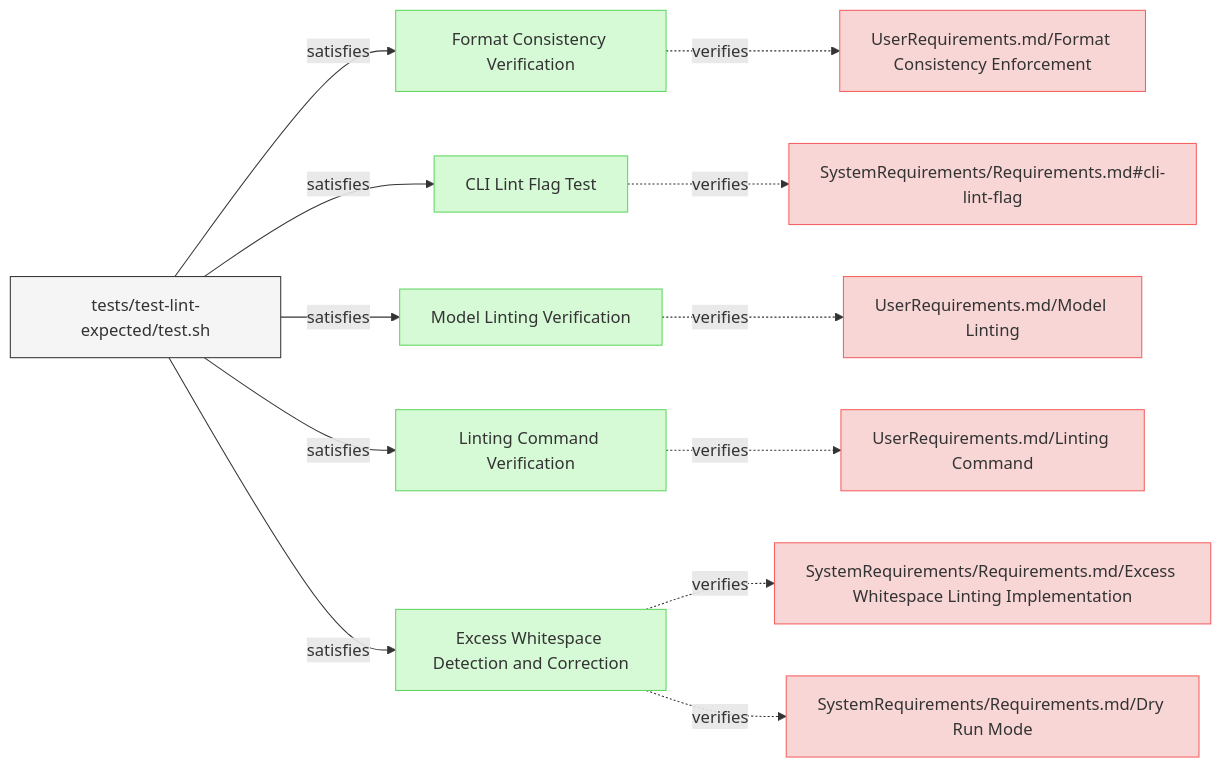
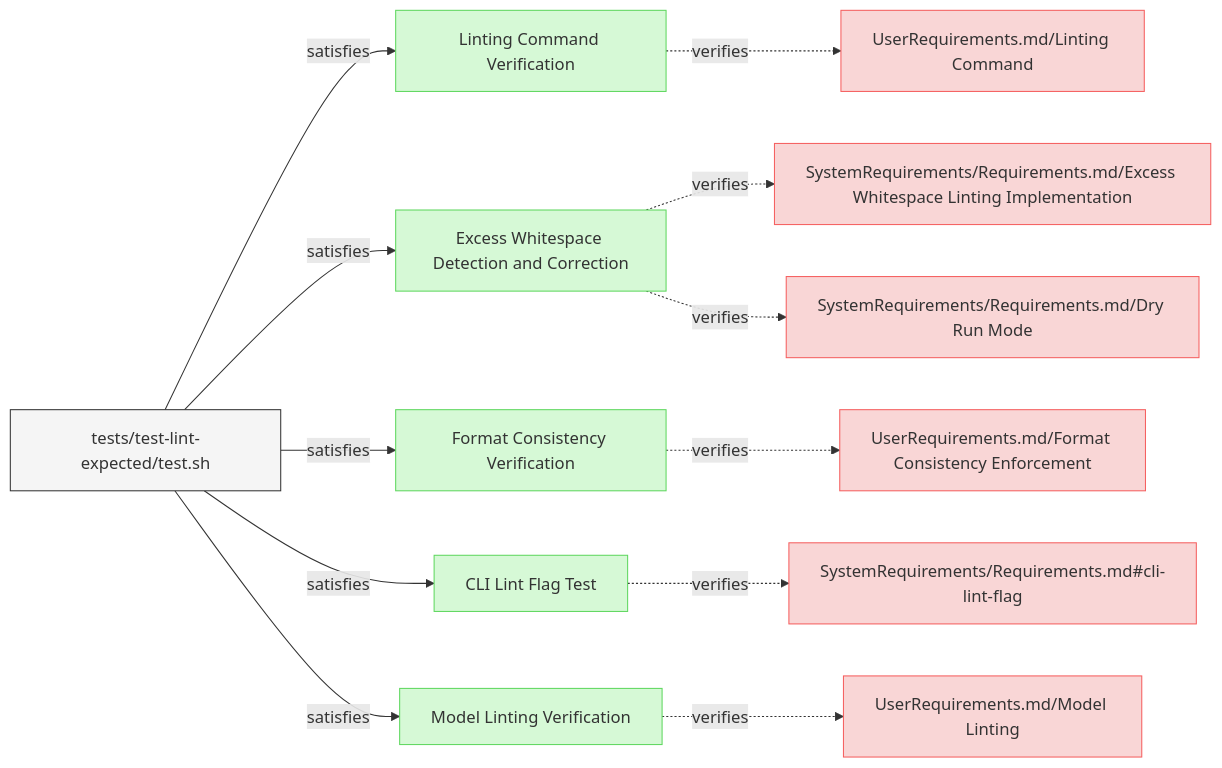
Before and after one commit to reqvire-org/reqvire: the first of 3 diagrams in specifications/Verifications/LintingTests.md, drawn with Mermaid. The commit also changed other lines of this file and 44 other files, not shown here.

Commit message:
Diagrams bug fixes. Test improvements.

````diff
--- a/specifications/Verifications/LintingTests.md
+++ b/specifications/Verifications/LintingTests.md
@@ -6,56 +6,68 @@
 ```mermaid
 graph LR;
   %% Graph styling
   classDef requirement fill:#f9d6d6,stroke:#f55f5f,stroke-width:1px;
   classDef verification fill:#d6f9d6,stroke:#5fd75f,stroke-width:1px;
   classDef externalLink fill:#d0e0ff,stroke:#3080ff,stroke-width:1px;
   classDef default fill:#f5f5f5,stroke:#333333,stroke-width:1px;
 
+  a8037b2df81f02be["Linting Command Verification"];
+  class a8037b2df81f02be verification;
+  click a8037b2df81f02be "LintingTests.md#linting-command-verification";
+  a51179cda67cf9f2["UserRequirements.md/Linting Command"];
+  class a51179cda67cf9f2 requirement;
+  click a51179cda67cf9f2 "../UserRequirements.md#linting-command";
+  a8037b2df81f02be -.->|verifies| a51179cda67cf9f2;
+  a606311f33e42901["tests/test-lint-expected/test.sh"];
+  class a606311f33e42901 default;
+  click a606311f33e42901 "../../tests/test-lint-expected/test.sh";
+  a606311f33e42901 -->|satisfies| a8037b2df81f02be;
+  37dbb69e504fec9d["Excess Whitespace Detection and Correction"];
+  class 37dbb69e504fec9d verification;
+  click 37dbb69e504fec9d "LintingTests.md#excess-whitespace-detection-and-correction";
+  9f473f6e0b993cac["SystemRequirements/Requirements.md/Excess Whitespace Linting Implementation"];
+  class 9f473f6e0b993cac requirement;
+  click 9f473f6e0b993cac "../SystemRequirements/Requirements.md#excess-whitespace-linting-implementation";
+  37dbb69e504fec9d -.->|verifies| 9f473f6e0b993cac;
+  e4ccc71cd6ef4e9e["SystemRequirements/Requirements.md/Dry Run Mode"];
+  class e4ccc71cd6ef4e9e requirement;
+  click e4ccc71cd6ef4e9e "../SystemRequirements/Requirements.md#dry-run-mode";
+  37dbb69e504fec9d -.->|verifies| e4ccc71cd6ef4e9e;
+  a606311f33e42901["tests/test-lint-expected/test.sh"];
+  class a606311f33e42901 default;
+  click a606311f33e42901 "../../tests/test-lint-expected/test.sh";
+  a606311f33e42901 -->|satisfies| 37dbb69e504fec9d;
   b8bfbd5ccf026b31["Format Consistency Verification"];
-  click b8bfbd5ccf026b31 "specifications/Verifications/LintingTests.md#format-consistency-verification#format-consistency-verification";
   class b8bfbd5ccf026b31 verification;
+  click b8bfbd5ccf026b31 "LintingTests.md#format-consistency-verification";
   974ccf933675ef44["UserRequirements.md/Format Consistency Enforcement"];
   class 974ccf933675ef44 requirement;
-  click 974ccf933675ef44 "specifications/UserRequirements.md#format-consistency-enforcement#format-consistency-enforcement";
+  click 974ccf933675ef44 "../UserRequirements.md#format-consistency-enforcement";
   b8bfbd5ccf026b31 -.->|verifies| 974ccf933675ef44;
   a606311f33e42901["tests/test-lint-expected/test.sh"];
   class a606311f33e42901 default;
-  click a606311f33e42901 "tests/test-lint-expected/test.sh";
+  click a606311f33e42901 "../../tests/test-lint-expected/test.sh";
   a606311f33e42901 -->|satisfies| b8bfbd5ccf026b31;
   706dca24b7cc1eb8["CLI Lint Flag Test"];
-  click 706dca24b7cc1eb8 "specifications/Verifications/LintingTests.md#cli-lint-flag-test#cli-lint-flag-test";
   class 706dca24b7cc1eb8 verification;
+  click 706dca24b7cc1eb8 "LintingTests.md#cli-lint-flag-test";
   7d3a6a25db09c1b2["SystemRequirements/Requirements.md#cli-lint-flag"];
   class 7d3a6a25db09c1b2 requirement;
-  click 7d3a6a25db09c1b2 "specifications/SystemRequirements/Requirements.md#cli-lint-flag#cli-lint-flag";
+  click 7d3a6a25db09c1b2 "../SystemRequirements/Requirements.md#cli-lint-flag";
   706dca24b7cc1eb8 -.->|verifies| 7d3a6a25db09c1b2;
+  a606311f33e42901["tests/test-lint-expected/test.sh"];
+  class a606311f33e42901 default;
+  click a606311f33e42901 "../../tests/test-lint-expected/test.sh";
   a606311f33e42901 -->|satisfies| 706dca24b7cc1eb8;
   6481e4ca8c4d6920["Model Linting Verification"];
-  click 6481e4ca8c4d6920 "specifications/Verifications/LintingTests.md#model-linting-verification#model-linting-verification";
   class 6481e4ca8c4d6920 verification;
+  click 6481e4ca8c4d6920 "LintingTests.md#model-linting-verification";
   7305c1d6f7f1e2b2["UserRequirements.md/Model Linting"];
   class 7305c1d6f7f1e2b2 requirement;
-  click 7305c1d6f7f1e2b2 "specifications/UserRequirements.md#model-linting#model-linting";
+  click 7305c1d6f7f1e2b2 "../UserRequirements.md#model-linting";
   6481e4ca8c4d6920 -.->|verifies| 7305c1d6f7f1e2b2;
+  a606311f33e42901["tests/test-lint-expected/test.sh"];
+  class a606311f33e42901 default;
+  click a606311f33e42901 "../../tests/test-lint-expected/test.sh";
   a606311f33e42901 -->|satisfies| 6481e4ca8c4d6920;
-  a8037b2df81f02be["Linting Command Verification"];
-  click a8037b2df81f02be "specifications/Verifications/LintingTests.md#linting-command-verification#linting-command-verification";
-  class a8037b2df81f02be verification;
-  a51179cda67cf9f2["UserRequirements.md/Linting Command"];
-  class a51179cda67cf9f2 requirement;
-  click a51179cda67cf9f2 "specifications/UserRequirements.md#linting-command#linting-command";
-  a8037b2df81f02be -.->|verifies| a51179cda67cf9f2;
-  a606311f33e42901 -->|satisfies| a8037b2df81f02be;
-  37dbb69e504fec9d["Excess Whitespace Detection and Correction"];
-  click 37dbb69e504fec9d "specifications/Verifications/LintingTests.md#excess-whitespace-detection-and-correction#excess-whitespace-detection-and-correction";
-  class 37dbb69e504fec9d verification;
-  9f473f6e0b993cac["SystemRequirements/Requirements.md/Excess Whitespace Linting Implementation"];
-  class 9f473f6e0b993cac requirement;
-  click 9f473f6e0b993cac "specifications/SystemRequirements/Requirements.md#excess-whitespace-linting-implementation#excess-whitespace-linting-implementation";
-  37dbb69e504fec9d -.->|verifies| 9f473f6e0b993cac;
-  e4ccc71cd6ef4e9e["SystemRequirements/Requirements.md/Dry Run Mode"];
-  class e4ccc71cd6ef4e9e requirement;
-  click e4ccc71cd6ef4e9e "specifications/SystemRequirements/Requirements.md#dry-run-mode#dry-run-mode";
-  37dbb69e504fec9d -.->|verifies| e4ccc71cd6ef4e9e;
-  a606311f33e42901 -->|satisfies| 37dbb69e504fec9d;
 ```
````
